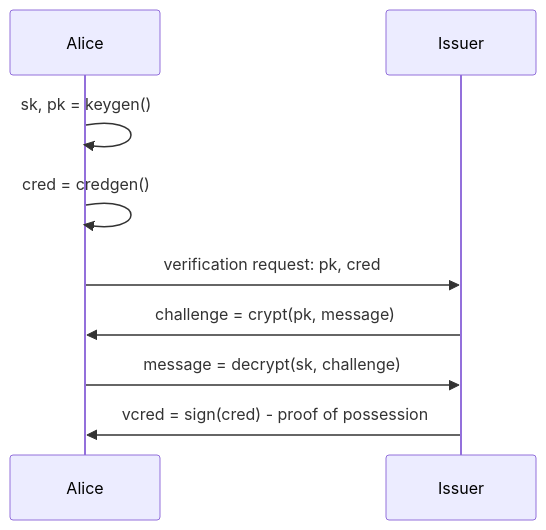
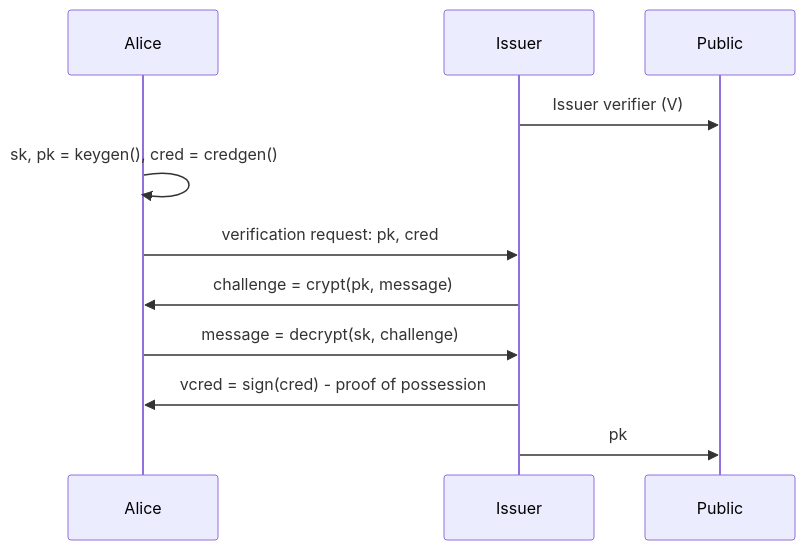
One commit to dyne/reflow-crypto changed the first of 3 diagrams in README.md. Above: the diagram before and after it, drawn with Mermaid. The commit also changed other lines of this file, not shown here.

Commit message:
updates to the scheme and notation

````diff
--- a/README.md
+++ b/README.md
@@ -21,11 +21,13 @@
 ```mermaid
 sequenceDiagram
   participant A as Alice
   participant I as Issuer
-  A->>A: sk, pk = keygen()
-  A->>A: cred = credgen()
+  participant P as Public
+  I->>P: Issuer verifier (V)
+  A->>A: sk, pk = keygen(), cred = credgen()
   A->>I: verification request: pk, cred
   I->>A: challenge = crypt(pk, message)
   A->>I: message = decrypt(sk, challenge)
   I->>A: vcred = sign(cred) - proof of possession
+  I->>P: pk
 ```
````
